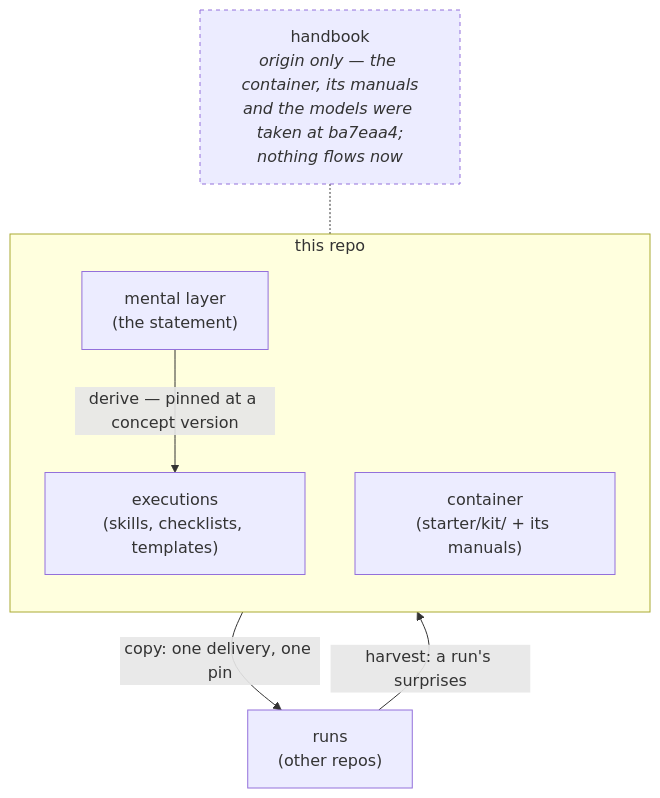
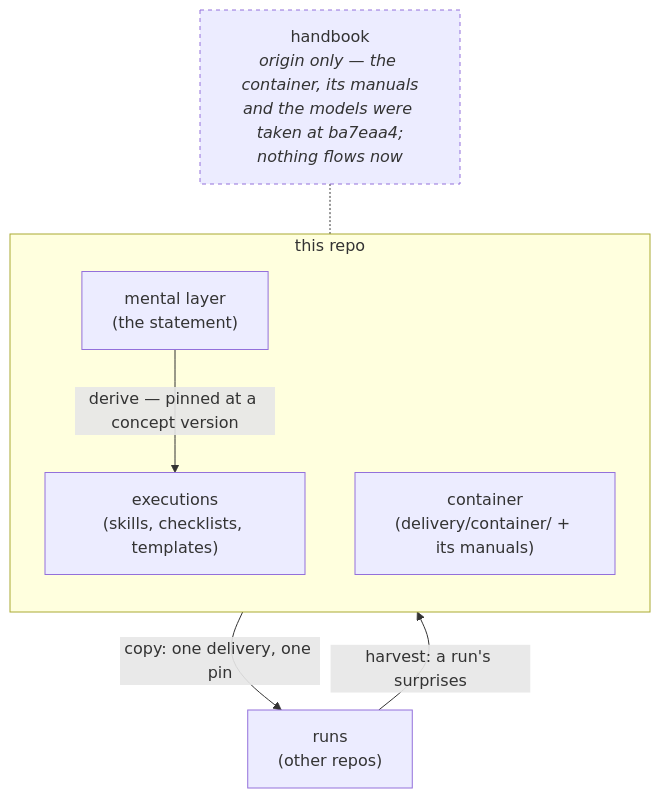
Before and after one commit to edgaras87/correctness-by-construction: the diagram in ARCHITECTURE.md, drawn with Mermaid. The commit also changed other lines of this file and 49 other files, not shown here.

First line of the commit message:
docs(starter): starter becomes delivery, kit becomes container

````diff
--- a/ARCHITECTURE.md
+++ b/ARCHITECTURE.md
@@ -29,20 +29,20 @@
 ```mermaid
 flowchart TB
     handbook["handbook<br/><i>origin only — the container, its manuals<br/>and the models were taken at ba7eaa4;<br/>nothing flows now</i>"]
 
     subgraph repo["this repo"]
         direction TB
         mental["mental layer<br/>(the statement)"]
         exec["executions<br/>(skills, checklists, templates)"]
-        container["container<br/>(starter/kit/ + its manuals)"]
+        container["container<br/>(delivery/container/ + its manuals)"]
         mental -- "derive — pinned at a concept version" --> exec
     end
 
     runs["runs<br/>(other repos)"]
 
     repo -- "copy: one delivery, one pin" --> runs
     runs -- "harvest: a run's surprises" --> repo
     handbook -.- repo
 
     style handbook stroke-dasharray: 4 4
 ```
````
